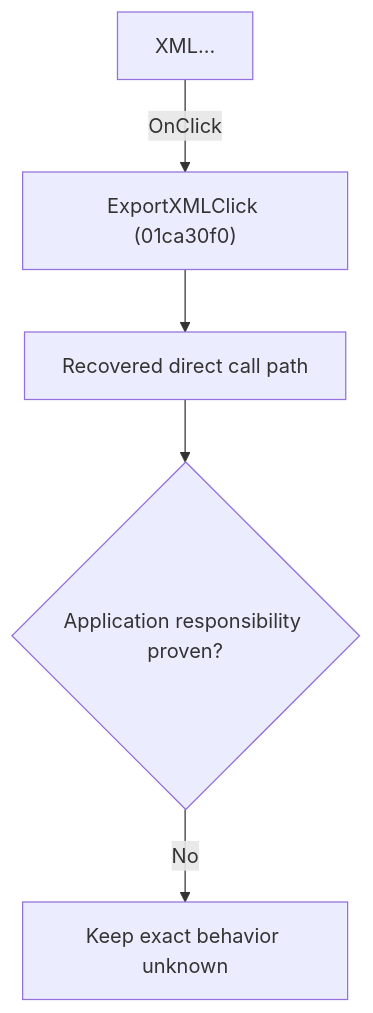
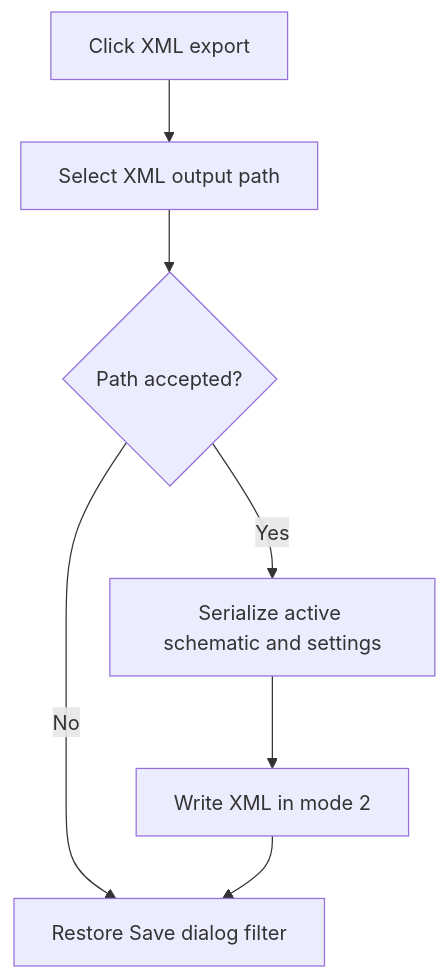
The diagram in docs/ui-controls/schematiceditor/exportxml-1c00ec48d8.md (MovGP0/TIARA), drawn with Mermaid before and after one commit. The commit also changed other lines of this file and 241 other files, not shown here.

````diff
--- a/docs/ui-controls/schematiceditor/exportxml-1c00ec48d8.md
+++ b/docs/ui-controls/schematiceditor/exportxml-1c00ec48d8.md
@@ -27,7 +27,9 @@
 ```mermaid
 flowchart TD
-    control["XML..."] -->|"OnClick"| handler["ExportXMLClick (01ca30f0)"]
-    handler --> recovered["Recovered direct call path"]
-    recovered --> gap{"Application responsibility proven?"}
-    gap -->|"No"| blocked["Keep exact behavior unknown"]
+    control["Click XML export"] --> save["Select XML output path"]
+    save --> accepted{"Path accepted?"}
+    accepted -->|"No"| restore["Restore Save dialog filter"]
+    accepted -->|"Yes"| serialize["Serialize active schematic and settings"]
+    serialize --> write["Write XML in mode 2"]
+    write --> restore
 ```
````
